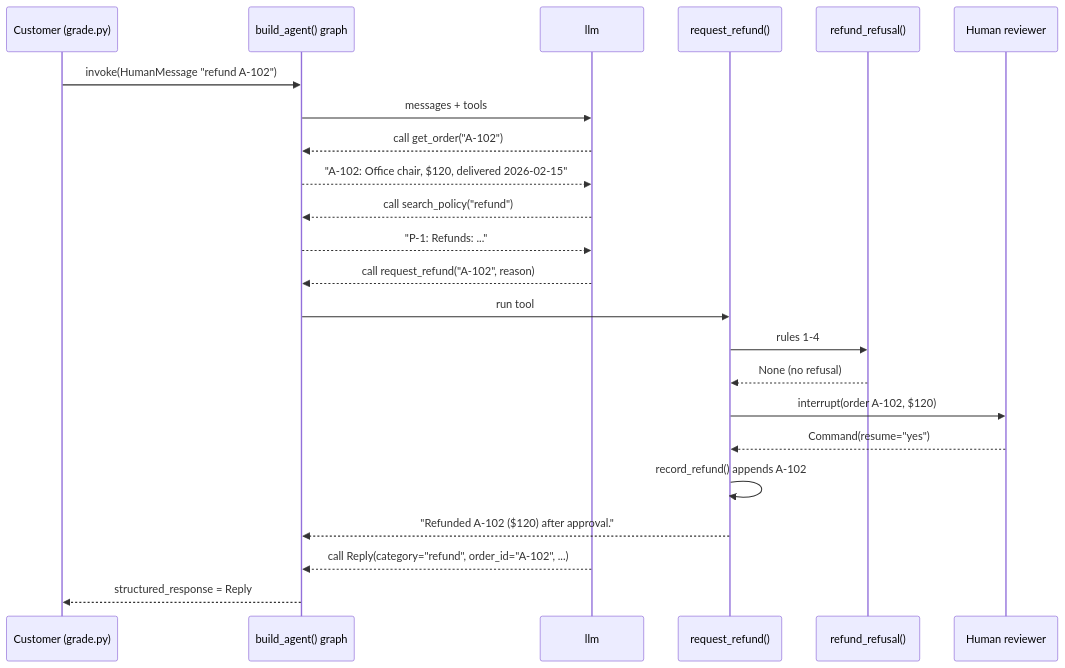
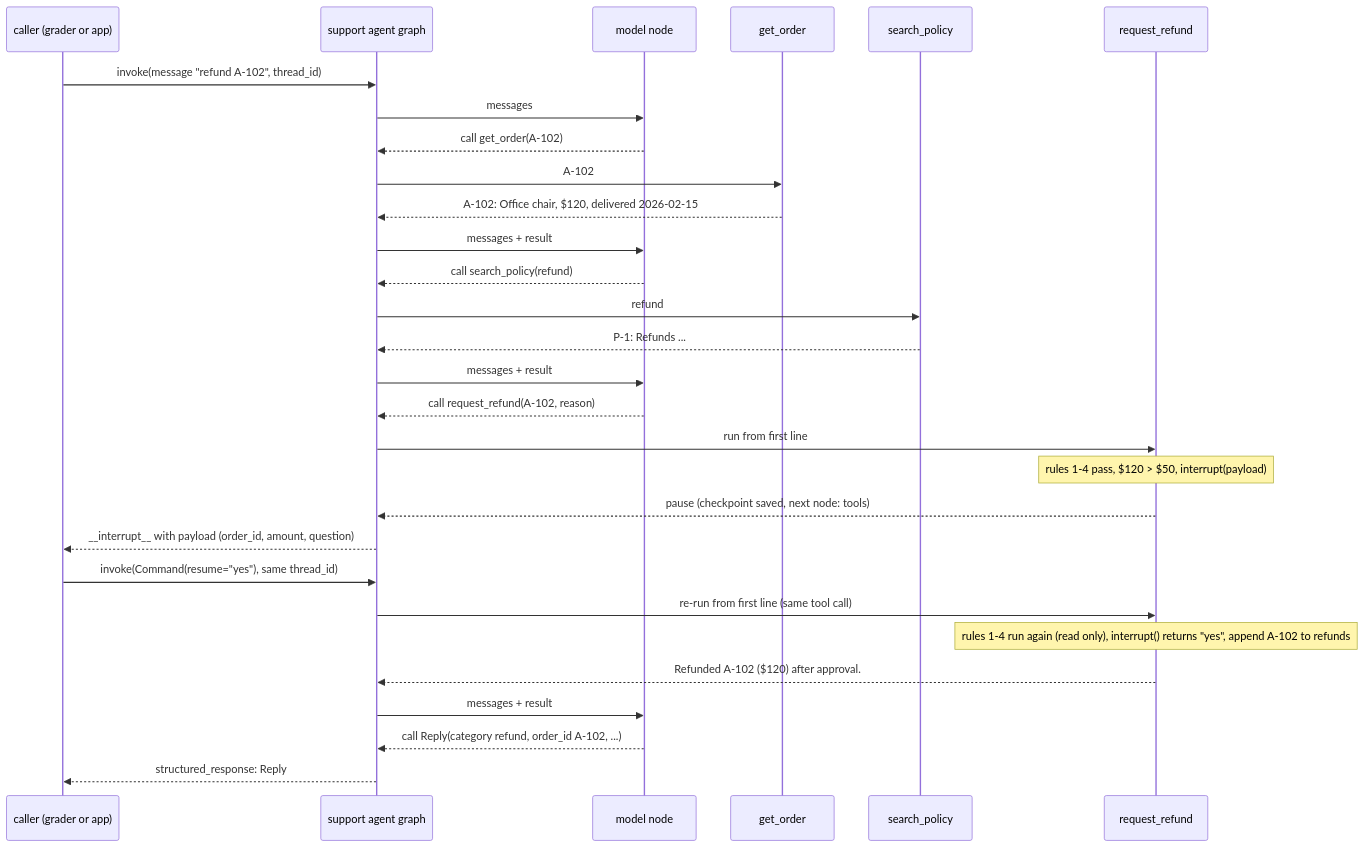
The third of 6 diagrams in practice/reference/sample-run/docs/MODEL.md (BrianMills2718/interview-kit), drawn with Mermaid before and after one commit. The commit also changed other lines of this file and 18 other files, not shown here.

First line of the commit message:
[Goal kit-v3-diagram-set] New practice sample with the agent-loop diagrams; kit fixes from its dry run

````diff
--- a/practice/reference/sample-run/docs/MODEL.md
+++ b/practice/reference/sample-run/docs/MODEL.md
@@ -55,25 +57,31 @@
 ```mermaid
 sequenceDiagram
-  participant C as Customer (grade.py)
-  participant G as build_agent() graph
-  participant M as llm
-  participant T as request_refund()
-  participant R as refund_refusal()
-  participant H as Human reviewer
-  C->>G: invoke(HumanMessage "refund A-102")
-  G->>M: messages + tools
-  M-->>G: call get_order("A-102")
-  G-->>M: "A-102: Office chair, $120, delivered 2026-02-15"
-  M-->>G: call search_policy("refund")
-  G-->>M: "P-1: Refunds: ..."
-  M-->>G: call request_refund("A-102", reason)
-  G->>T: run tool
-  T->>R: rules 1-4
-  R-->>T: None (no refusal)
-  T->>H: interrupt(order A-102, $120)
-  H-->>T: Command(resume="yes")
-  T->>T: record_refund() appends A-102
-  T-->>G: "Refunded A-102 ($120) after approval."
-  M-->>G: call Reply(category="refund", order_id="A-102", ...)
-  G-->>C: structured_response = Reply
+  participant Caller as caller (grader or app)
+  participant Graph as support agent graph
+  participant Model as model node
+  participant get_order
+  participant search_policy
+  participant request_refund
+  Caller->>Graph: invoke(message "refund A-102", thread_id)
+  Graph->>Model: messages
+  Model-->>Graph: call get_order(A-102)
+  Graph->>get_order: A-102
+  get_order-->>Graph: A-102: Office chair, $120, delivered 2026-02-15
+  Graph->>Model: messages + result
+  Model-->>Graph: call search_policy(refund)
+  Graph->>search_policy: refund
+  search_policy-->>Graph: P-1: Refunds ...
+  Graph->>Model: messages + result
+  Model-->>Graph: call request_refund(A-102, reason)
+  Graph->>request_refund: run from first line
+  Note over request_refund: rules 1-4 pass, $120 > $50, interrupt(payload)
+  request_refund-->>Graph: pause (checkpoint saved, next node: tools)
+  Graph-->>Caller: __interrupt__ with payload (order_id, amount, question)
+  Caller->>Graph: invoke(Command(resume="yes"), same thread_id)
+  Graph->>request_refund: re-run from first line (same tool call)
+  Note over request_refund: rules 1-4 run again (read only), interrupt() returns "yes", append A-102 to refunds
+  request_refund-->>Graph: Refunded A-102 ($120) after approval.
+  Graph->>Model: messages + result
+  Model-->>Graph: call Reply(category refund, order_id A-102, ...)
+  Graph-->>Caller: structured_response: Reply
 ```
````
